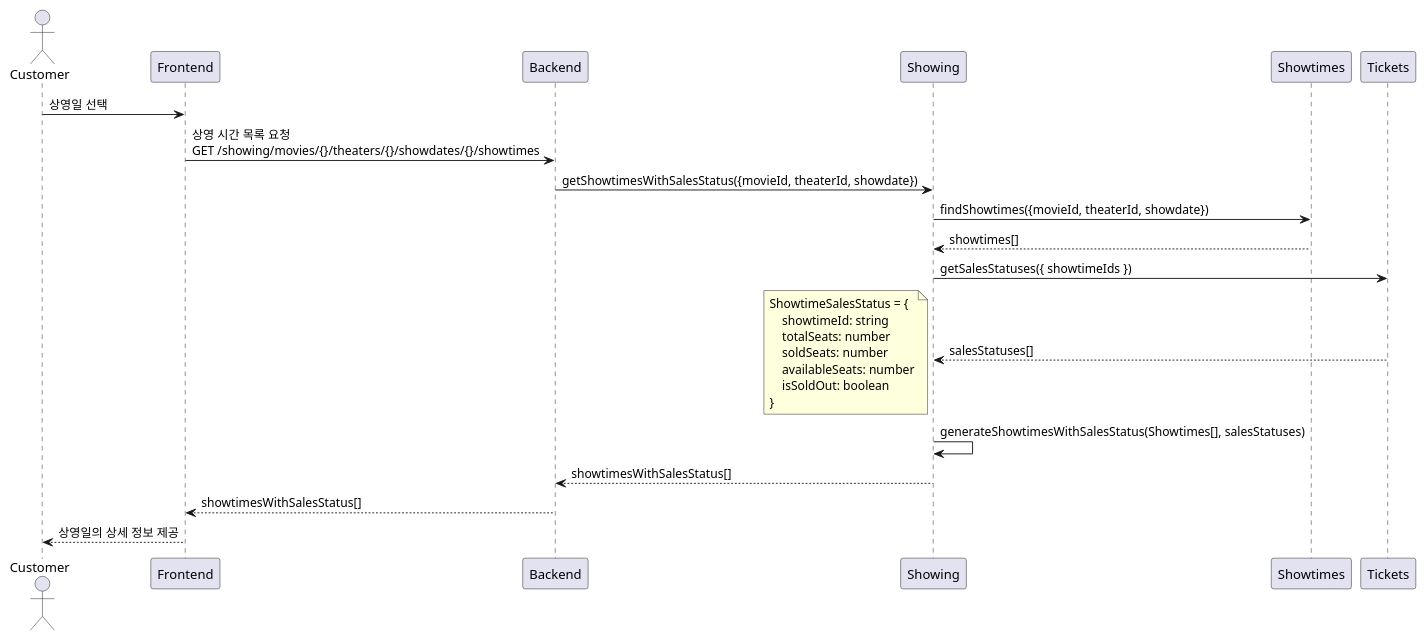
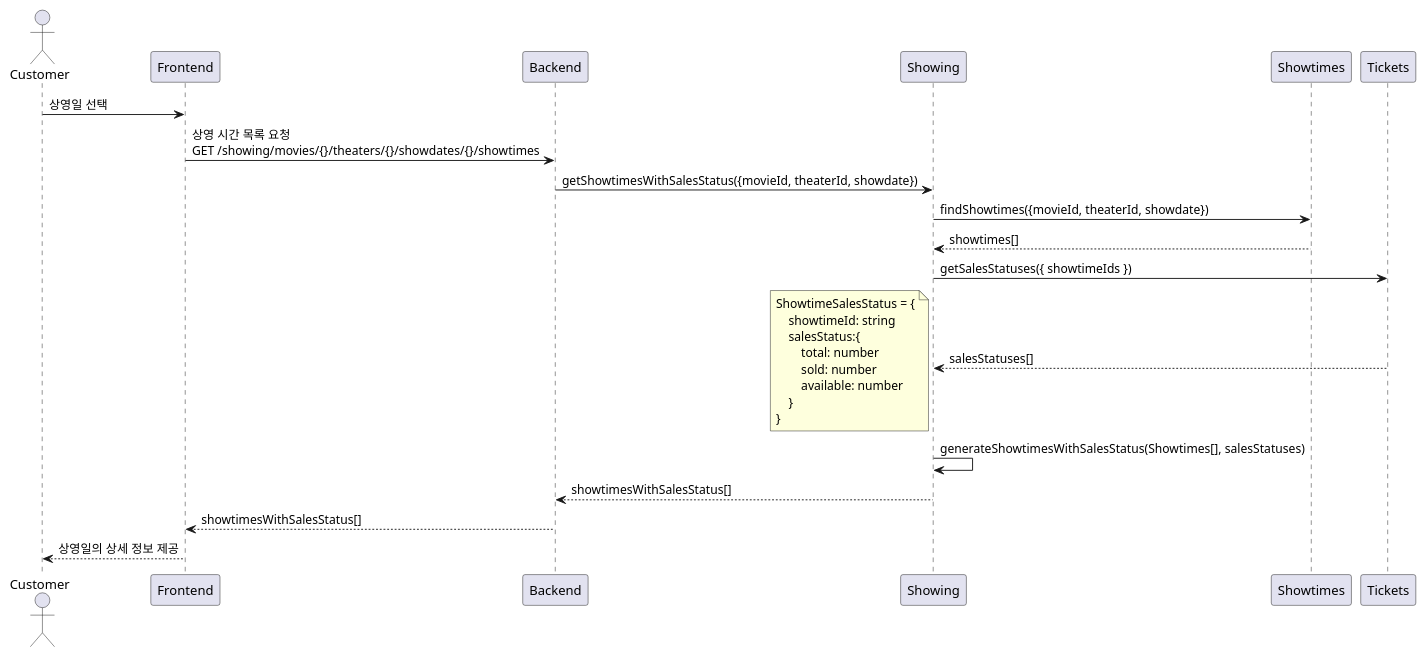
One commit to hunjuly/nest-seed changed the fourth of 6 diagrams in docs/tickets-purchase.md. Above: the diagram before and after it, drawn with PlantUML. The commit also changed other lines of this file and 18 other files, not shown here.

````diff
--- a/docs/tickets-purchase.md
+++ b/docs/tickets-purchase.md
@@ -130,26 +130,27 @@
 ```plantuml
 @startuml
 actor Customer
 
 Customer -> Frontend : 상영일 선택
     Frontend -> Backend : 상영 시간 목록 요청\nGET /showing/movies/{}/theaters/{}/showdates/{}/showtimes
         Backend -> Showing: getShowtimesWithSalesStatus({movieId, theaterId, showdate})
             Showing -> Showtimes: findShowtimes({movieId, theaterId, showdate})
             Showing <-- Showtimes: showtimes[]
             Showing -> Tickets: getSalesStatuses({ showtimeIds })
             Showing <-- Tickets: salesStatuses[]
             note left
             ShowtimeSalesStatus = {
                 showtimeId: string
-                totalSeats: number
-                soldSeats: number
-                availableSeats: number
-                isSoldOut: boolean
+                salesStatus:{
+                    total: number
+                    sold: number
+                    available: number
+                }
             }
             end note
             Showing -> Showing: generateShowtimesWithSalesStatus(Showtimes[], salesStatuses)
         Backend <-- Showing: showtimesWithSalesStatus[]
     Frontend <-- Backend : showtimesWithSalesStatus[]
 Customer <-- Frontend : 상영일의 상세 정보 제공
 @enduml
 ```
````
